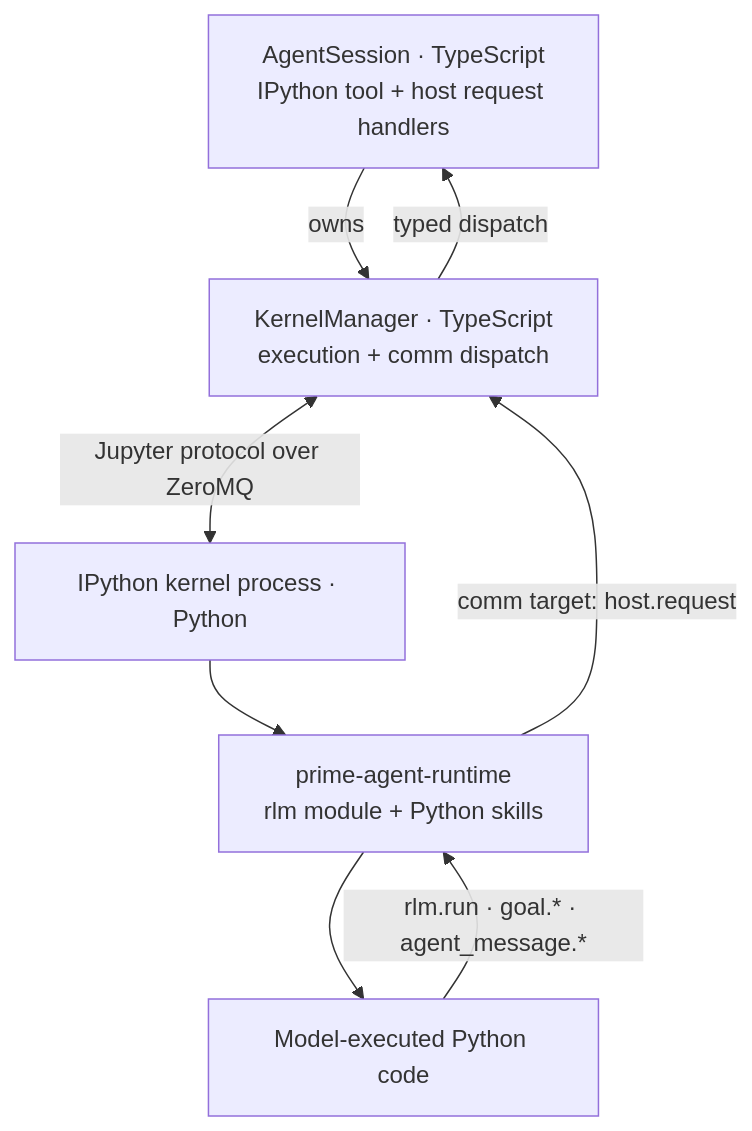
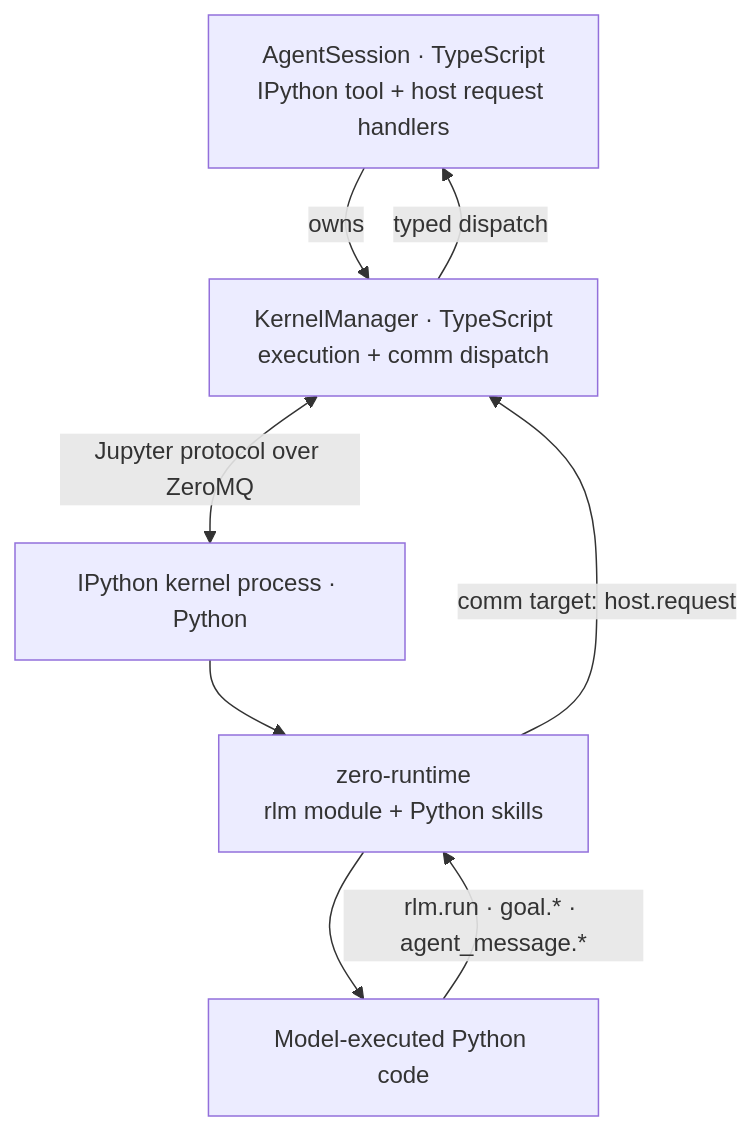
The first of 2 diagrams in packages/coding-agent/docs/rlm-runtime.md (Ruthvik-Anne/zero), drawn with Mermaid before and after one commit. The commit also changed other lines of this file and 54 other files, not shown here.

First line of the commit message:
refactor(rebrand): rename prime-agent-runtime -> zero-runtime and remaining internal prime-agent identifiers

````diff
--- a/packages/coding-agent/docs/rlm-runtime.md
+++ b/packages/coding-agent/docs/rlm-runtime.md
@@ -7,15 +7,15 @@
 ```mermaid
 flowchart TD
     session["AgentSession · TypeScript<br/>IPython tool + host request handlers"]
     manager["KernelManager · TypeScript<br/>execution + comm dispatch"]
     kernel["IPython kernel process · Python"]
-    runtime["prime-agent-runtime<br/>rlm module + Python skills"]
+    runtime["zero-runtime<br/>rlm module + Python skills"]
     code["Model-executed Python code"]
 
     session -->|"owns"| manager
     manager <-->|"Jupyter protocol over ZeroMQ"| kernel
     kernel --> runtime --> code
     code -->|"rlm.run · goal.* · agent_message.*"| runtime
     runtime -->|"comm target: host.request"| manager
     manager -->|"typed dispatch"| session
 ```
````
